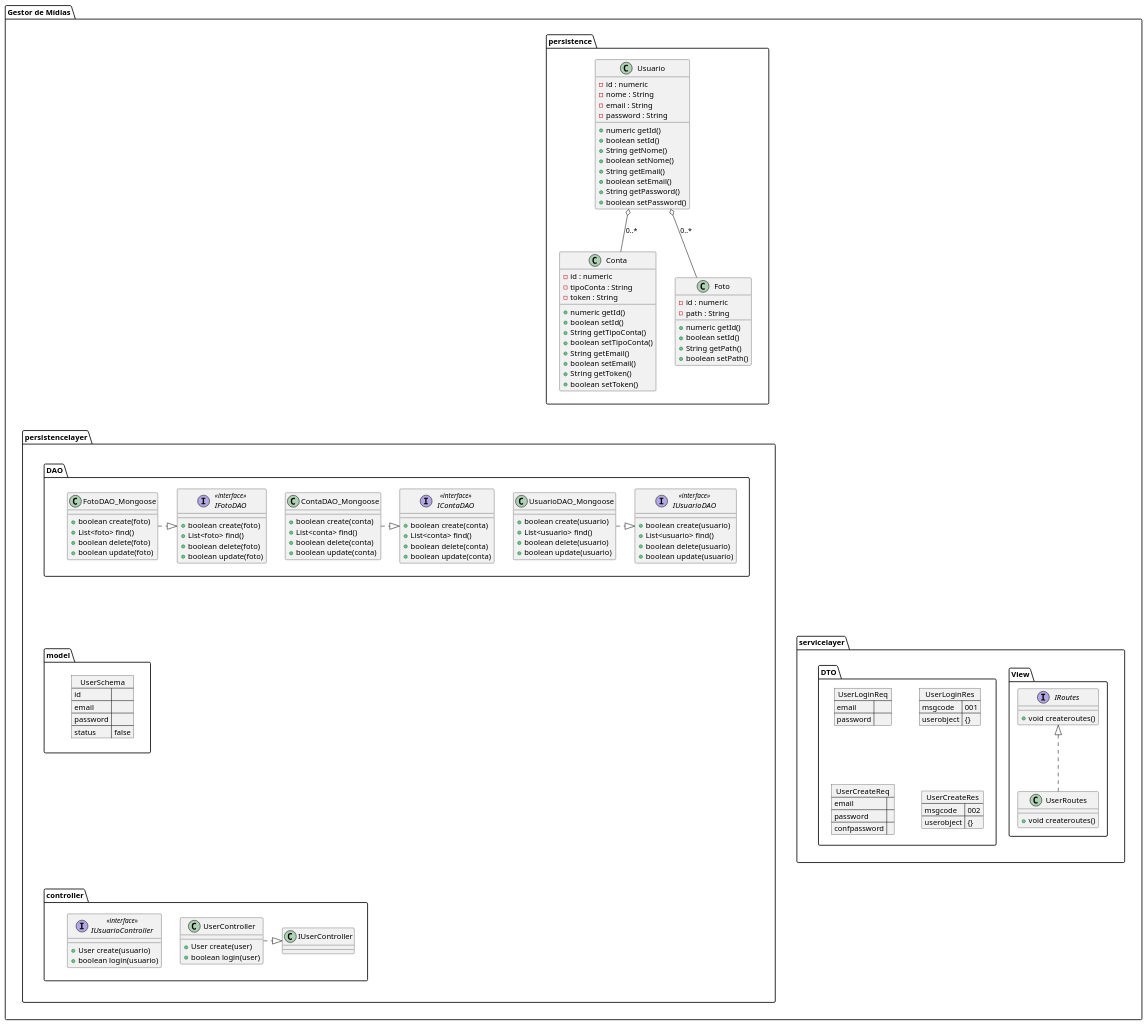
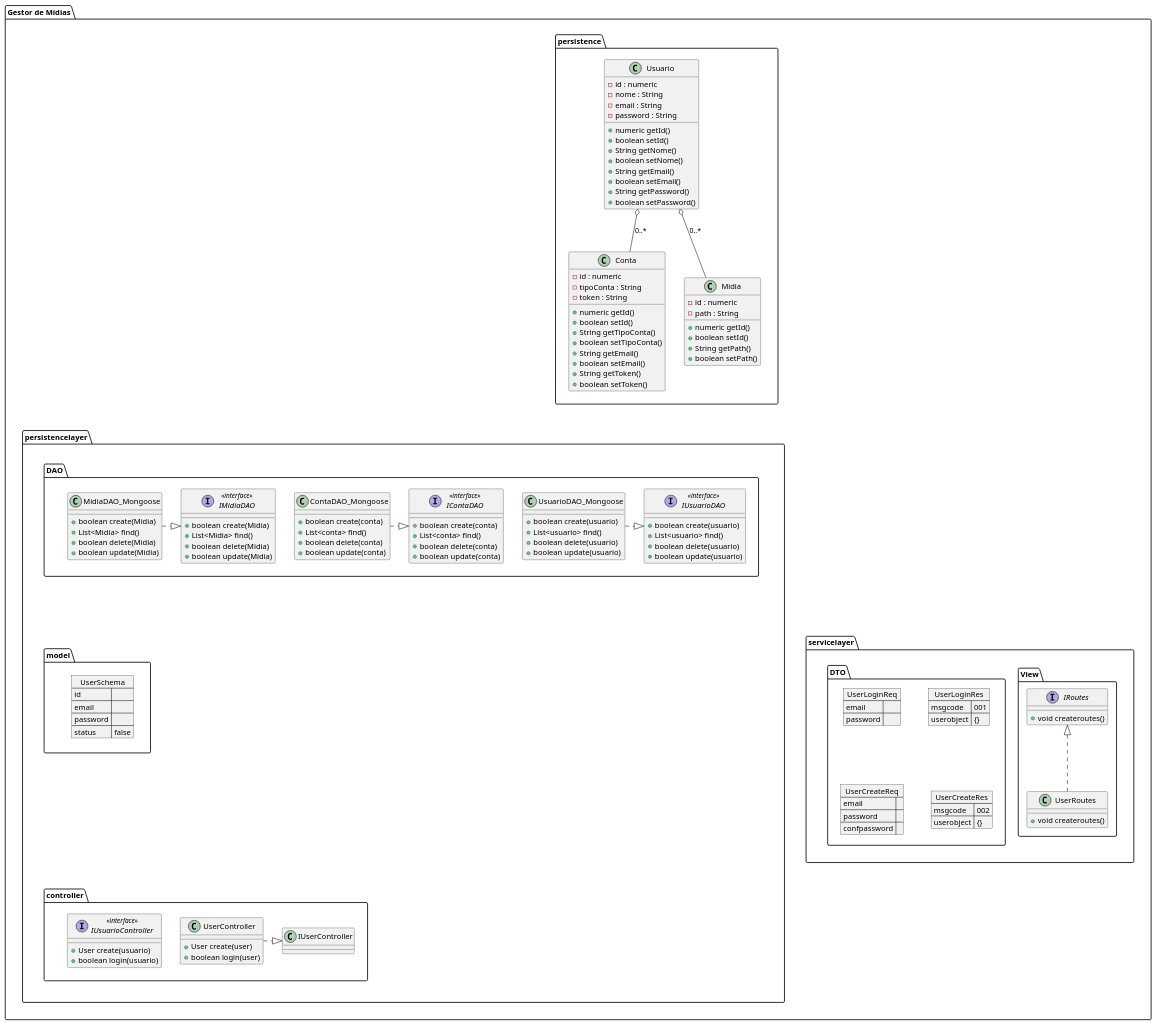
Before and after one commit to Josefreitas788/gestor_de_midias: the diagram in UML/diagramaDeClasse_GM.plantuml, drawn with PlantUML.

Commit message:
trocando a classe foto por midia

```diff
--- a/UML/diagramaDeClasse_GM.plantuml
+++ b/UML/diagramaDeClasse_GM.plantuml
@@ -1,159 +1,159 @@
 @startuml
 allow_mixing
 
 package "Gestor de Mídias" {
     package "persistence"{
         class Usuario {
              - id : numeric
              - nome : String
              - email : String
              - password : String
              + numeric getId()
              + boolean setId()
              + String getNome()
              + boolean setNome()
              + String getEmail()
              + boolean setEmail()
              + String getPassword()
              + boolean setPassword()
              }
 
         class Conta {
              - id : numeric
              - tipoConta : String
              - token : String
              + numeric getId()
              + boolean setId()
              + String getTipoConta()
              + boolean setTipoConta()
              + String getEmail()
              + boolean setEmail()
              + String getToken()
              + boolean setToken()
              }
-        class Foto {
+        class Midia {
                 - id : numeric
                 - path : String
                 + numeric getId()
                 + boolean setId()
                 + String getPath()
                 + boolean setPath()
                 
         }
         Usuario o-- Conta : 0..*
-        Usuario o-- Foto : 0..*
+        Usuario o-- Midia : 0..*
         
     }
     package "persistencelayer"{
         package "DAO"{
             class UsuarioDAO_Mongoose {
 
                  + boolean create(usuario)
                  + List<usuario> find()
                  + boolean delete(usuario)
                  + boolean update(usuario)
                    }
             interface IUsuarioDAO <<interface>> {
                  + boolean create(usuario)
                  + List<usuario> find()
                  + boolean delete(usuario)
                  + boolean update(usuario) 
                   }
             IUsuarioDAO <|..left UsuarioDAO_Mongoose
             
             interface IContaDAO <<interface>> {
                  + boolean create(conta)
                  + List<conta> find()
                  + boolean delete(conta)
                  + boolean update(conta) 
                   }
             class ContaDAO_Mongoose {
                 + boolean create(conta)
                 + List<conta> find()
                 + boolean delete(conta)
                 + boolean update(conta) 
                     }
             IContaDAO <|..left ContaDAO_Mongoose
             
-            interface IFotoDAO <<interface>> {
-                 + boolean create(foto)
-                 + List<foto> find()
-                 + boolean delete(foto)
-                 + boolean update(foto) 
+            interface IMidiaDAO <<interface>> {
+                 + boolean create(Midia)
+                 + List<Midia> find()
+                 + boolean delete(Midia)
+                 + boolean update(Midia) 
                   }
-            class FotoDAO_Mongoose {
-                    + boolean create(foto)
-                    + List<foto> find()
-                    + boolean delete(foto)
-                    + boolean update(foto) 
+            class MidiaDAO_Mongoose {
+                    + boolean create(Midia)
+                    + List<Midia> find()
+                    + boolean delete(Midia)
+                    + boolean update(Midia) 
                     }
-            IFotoDAO <|..left FotoDAO_Mongoose
+            IMidiaDAO <|..left MidiaDAO_Mongoose
             
         }
        
         package "controller"{
        
            interface IUsuarioController <<interface>> {
                  + User create(usuario)
                  + boolean login(usuario)
                   }
             class UserController{
                   + User create(user)
                   + boolean login(user)
                   }
           IUserController <|..left UserController        
         }
         package "model"{
             json "UserSchema" as userschema {
                 "id"  : "",
                 "email" : "",
                 "password": "",
                 "status" : "false"
             }
         }
     }
     package "servicelayer" {
         package "View"{
             interface IRoutes {
                 +void createroutes()
             }
             class UserRoutes {
                 +void createroutes()
             }
             IRoutes <|.. UserRoutes
         }
         package "DTO"{
             json "UserLoginReq" as userloginreq {
                 "email" : "",
                 "password": ""
             }
             json "UserLoginRes" as userloginres {
                 "msgcode" : "001",
                 "userobject": "{}"
             }
             json "UserCreateReq" as usercreatereq{
                 "email" : "",
                 "password": "",
                 "confpassword": ""
             }
             json "UserCreateRes" as usercreateres{
                 "msgcode" : "002",
                 "userobject": "{}"
             }
 
         }
 
     }
 
 }
 
 persistence -[hidden]--> persistencelayer
 persistencelayer -[hidden]--> servicelayer
 
 DAO -[hidden]--> model
 model -[hidden]--> controller
 
 
 ''View -[hidden]--> DTO
 
 @enduml
```
